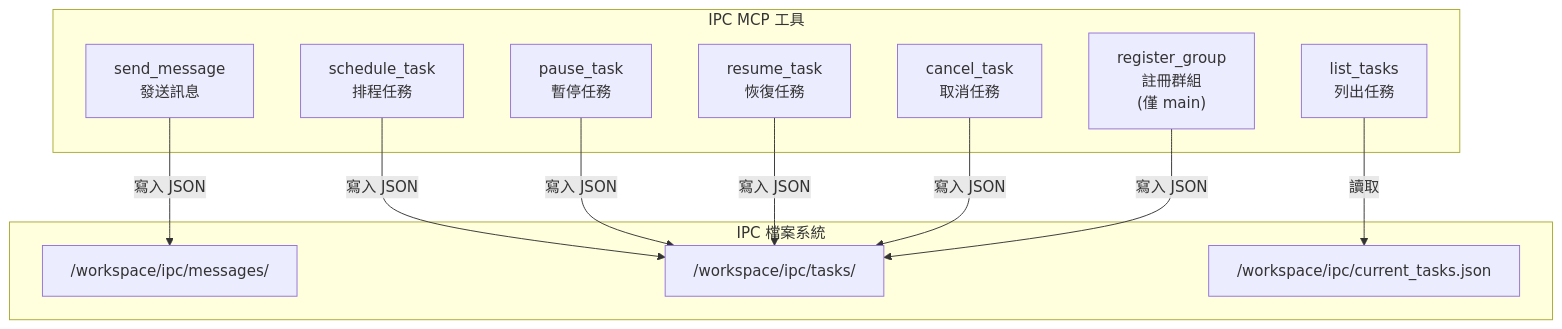
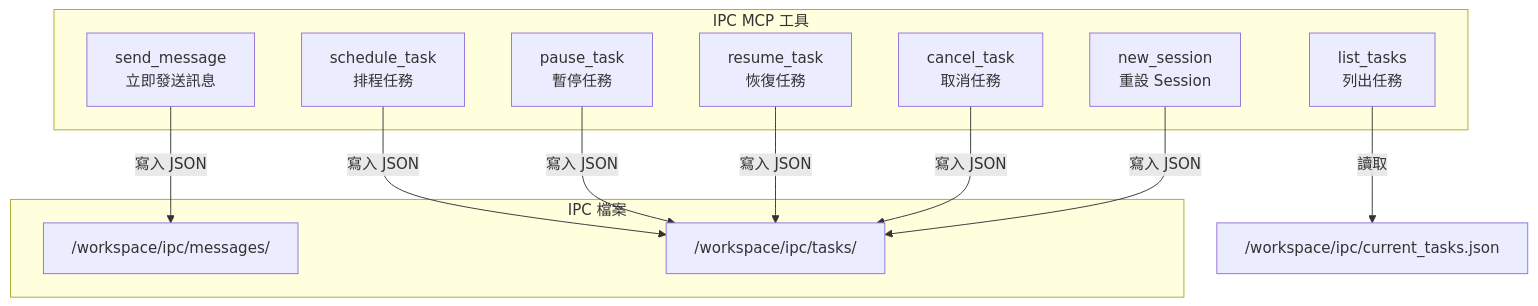
One commit to shunwork/nanoclaw changed diagram 21 of 39 in tutorial/TUTORIAL.md. Above: the diagram before and after it, drawn with Mermaid. The commit also changed other lines of this file and 18 other files, not shown here.

````diff
--- a/tutorial/TUTORIAL.md
+++ b/tutorial/TUTORIAL.md
@@ -1049,26 +1069,21 @@
 ```mermaid
 graph TB
     subgraph "IPC MCP 工具"
-        SM["send_message<br>發送訊息"]
+        SM["send_message<br>立即發送訊息"]
         ST["schedule_task<br>排程任務"]
         LT["list_tasks<br>列出任務"]
         PT["pause_task<br>暫停任務"]
         RT["resume_task<br>恢復任務"]
         CT["cancel_task<br>取消任務"]
-        RG["register_group<br>註冊群組<br>(僅 main)"]
+        NS["new_session<br>重設 Session"]
     end
 
-    subgraph "IPC 檔案系統"
+    subgraph "IPC 檔案"
         MD["/workspace/ipc/messages/"]
         TD["/workspace/ipc/tasks/"]
-        TF["/workspace/ipc/current_tasks.json"]
     end
 
     SM -->|寫入 JSON| MD
-    ST -->|寫入 JSON| TD
-    LT -->|讀取| TF
-    PT -->|寫入 JSON| TD
-    RT -->|寫入 JSON| TD
-    CT -->|寫入 JSON| TD
-    RG -->|寫入 JSON| TD
+    ST & PT & RT & CT & NS -->|寫入 JSON| TD
+    LT -->|讀取| TF["/workspace/ipc/current_tasks.json"]
 ```
````
